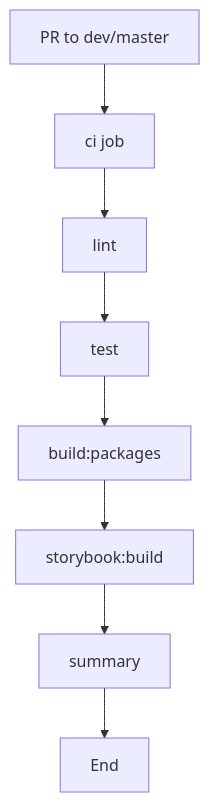
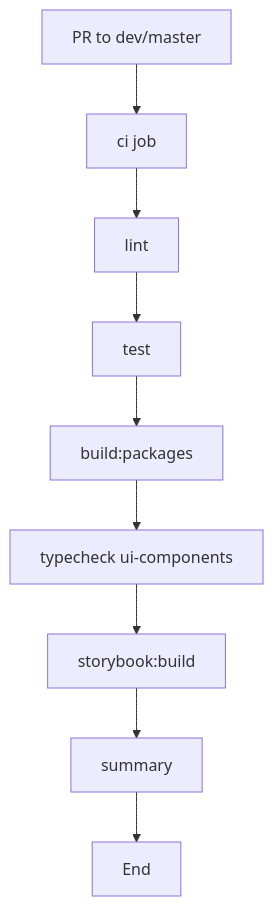
One commit to kelvininc/ui-components changed the first of 4 diagrams in .github/workflows/README.md. Above: the diagram before and after it, drawn with Mermaid. The commit also changed other lines of this file and 3 other files, not shown here.

First line of the commit message:
ci: type-check the core components after the build

````diff
--- a/.github/workflows/README.md
+++ b/.github/workflows/README.md
@@ -57,10 +57,11 @@
 ```mermaid
 graph TD
     A[PR to dev/master] --> B[ci job]
     B --> C[lint]
     C --> D[test]
     D --> E[build:packages]
-    E --> F[storybook:build]
+    E --> T[typecheck ui-components]
+    T --> F[storybook:build]
     F --> G[summary]
     G --> H[End]
 ```
````
